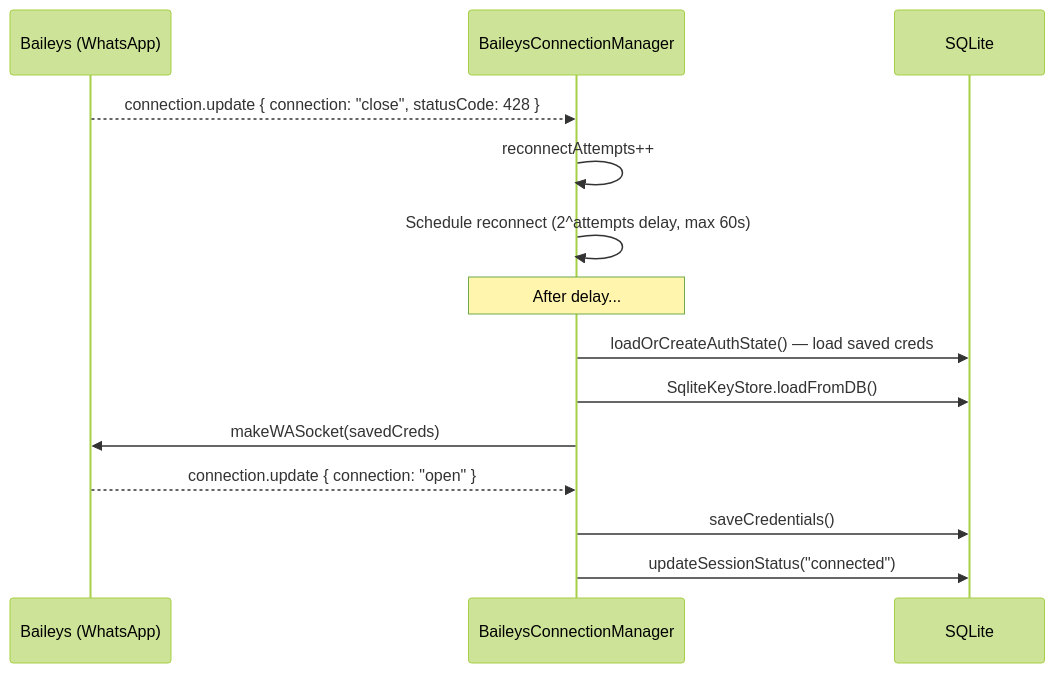
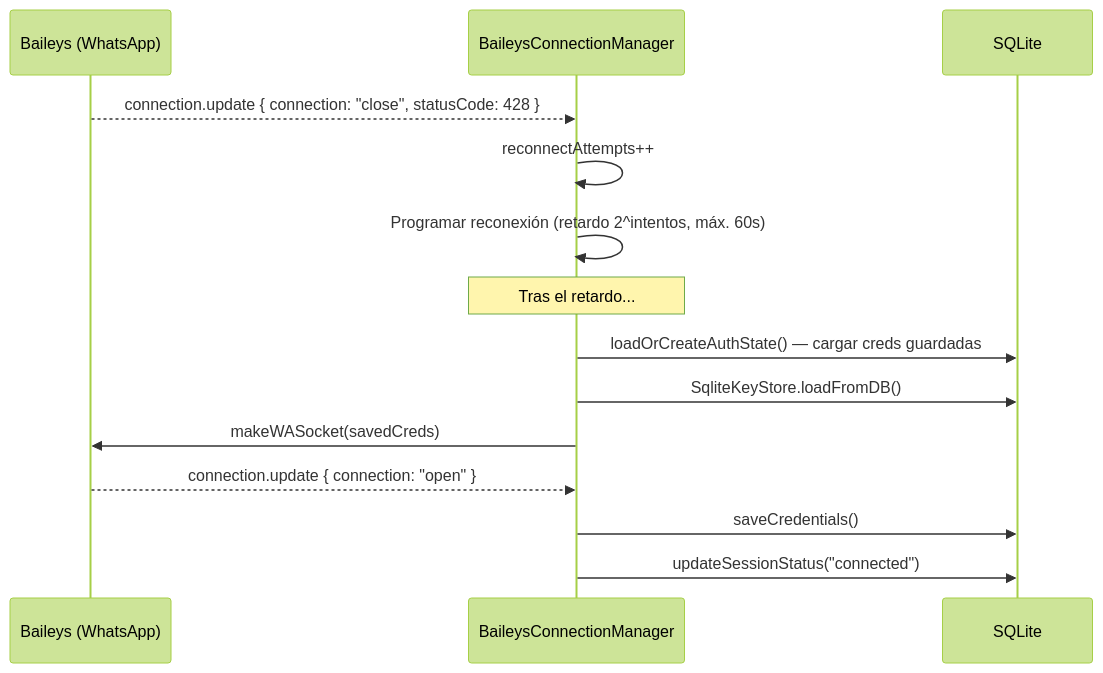
The fifth of 9 diagrams in docs/whatsapp-session-lifecycle.md (Fibra-Labs/chepibe-personal), drawn with Mermaid (forest theme) before and after one commit. The commit also changed other lines of this file and 8 other files, not shown here.

````diff
--- a/docs/whatsapp-session-lifecycle.md
+++ b/docs/whatsapp-session-lifecycle.md
@@ -130,17 +130,17 @@
 ```mermaid
 sequenceDiagram
     participant BA as Baileys (WhatsApp)
     participant MGR as BaileysConnectionManager
     participant DB as SQLite
 
     BA-->>MGR: connection.update { connection: "close", statusCode: 428 }
     MGR->>MGR: reconnectAttempts++
-    MGR->>MGR: Schedule reconnect (2^attempts delay, max 60s)
-    Note over MGR: After delay...
-    MGR->>DB: loadOrCreateAuthState() — load saved creds
+    MGR->>MGR: Programar reconexión (retardo 2^intentos, máx. 60s)
+    Note over MGR: Tras el retardo...
+    MGR->>DB: loadOrCreateAuthState() — cargar creds guardadas
     MGR->>DB: SqliteKeyStore.loadFromDB()
     MGR->>BA: makeWASocket(savedCreds)
     BA-->>MGR: connection.update { connection: "open" }
     MGR->>DB: saveCredentials()
     MGR->>DB: updateSessionStatus("connected")
 ```
````
